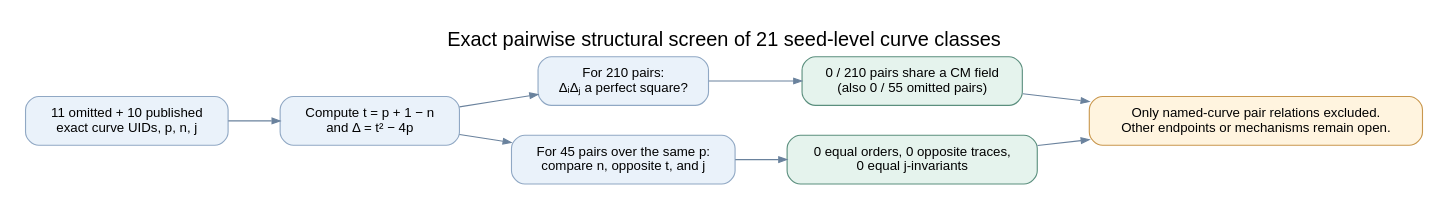
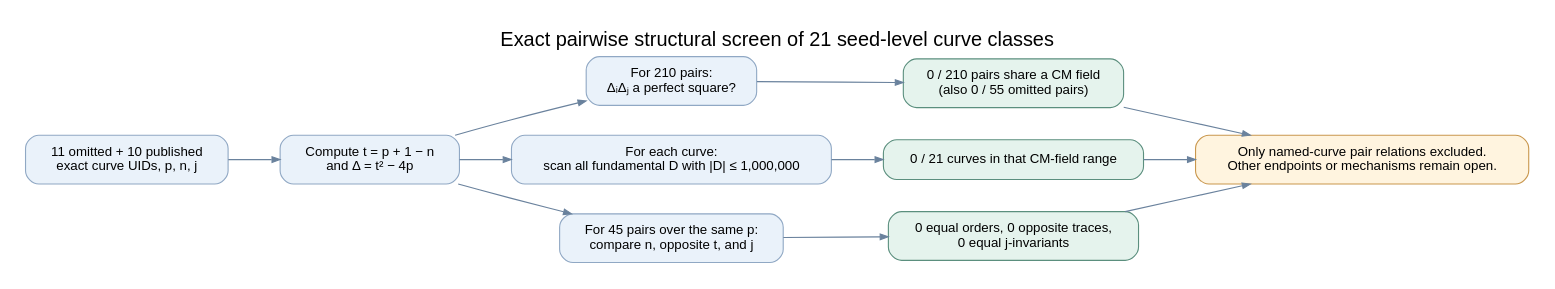
One commit to aburan28/crypto-autoresearcher changed the diagram in research/nist_seed_commonality_20261023/cm_pair_screen/inference.dot. Above: the diagram before and after it, drawn with Graphviz. The commit also changed 10 other files, not shown here.

```diff
--- a/research/nist_seed_commonality_20261023/cm_pair_screen/inference.dot
+++ b/research/nist_seed_commonality_20261023/cm_pair_screen/inference.dot
@@ -1,21 +1,26 @@
 digraph cm_pair_screen {
   graph [rankdir=LR, bgcolor="white", pad="0.22", nodesep="0.38", ranksep="0.65", fontname="Helvetica", label="Exact pairwise structural screen of 21 seed-level curve classes", labelloc=t, fontsize=18];
   node [shape=box, style="rounded,filled", color="#90a8c4", fillcolor="#f2f7fc", fontname="Helvetica", fontsize=12, margin="0.16,0.12"];
   edge [color="#6a829d", arrowsize=0.72, fontname="Helvetica", fontsize=10];
 
   input [label="11 omitted + 10 published\nexact curve UIDs, p, n, j", fillcolor="#eaf2fa"];
   delta [label="Compute t = p + 1 − n\nand Δ = t² − 4p", fillcolor="#eaf2fa"];
   cm [label="For 210 pairs:\nΔᵢΔⱼ a perfect square?", fillcolor="#eaf2fa"];
   cm_result [label="0 / 210 pairs share a CM field\n(also 0 / 55 omitted pairs)", color="#5b8f7e", fillcolor="#e5f3ed"];
+  small_cm [label="For each curve:\nscan all fundamental D with |D| ≤ 1,000,000", fillcolor="#eaf2fa"];
+  small_cm_result [label="0 / 21 curves in that CM-field range", color="#5b8f7e", fillcolor="#e5f3ed"];
   same_p [label="For 45 pairs over the same p:\ncompare n, opposite t, and j", fillcolor="#eaf2fa"];
   same_p_result [label="0 equal orders, 0 opposite traces,\n0 equal j-invariants", color="#5b8f7e", fillcolor="#e5f3ed"];
   limit [label="Only named-curve pair relations excluded.\nOther endpoints or mechanisms remain open.", color="#c9974d", fillcolor="#fff4df"];
 
   input -> delta;
   delta -> cm;
+  delta -> small_cm;
   delta -> same_p;
   cm -> cm_result;
+  small_cm -> small_cm_result;
   same_p -> same_p_result;
   cm_result -> limit;
+  small_cm_result -> limit;
   same_p_result -> limit;
 }
```
